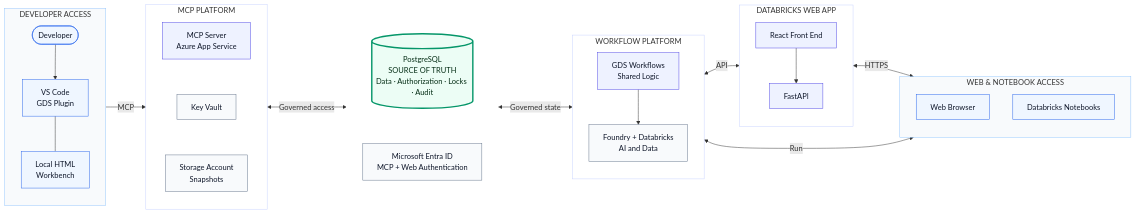
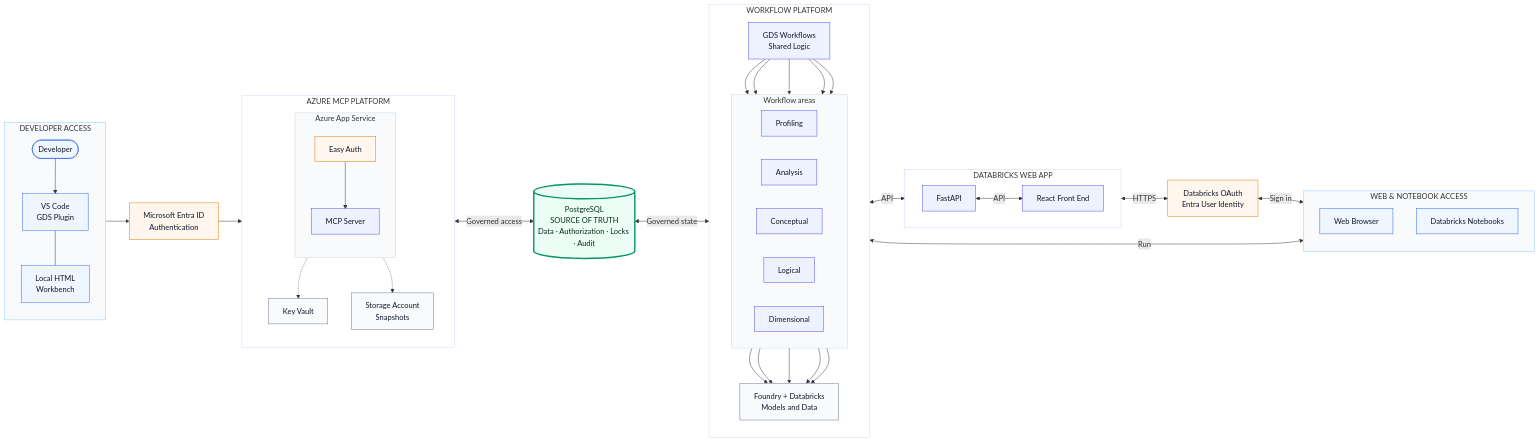
The diagram in docs/architecture/solution-design.md (maazuddinmohammed/gds_workbench), drawn with Mermaid before and after one commit. The commit also changed other lines of this file, not shown here.

Commit message:
solution doc

````diff
--- a/docs/architecture/solution-design.md
+++ b/docs/architecture/solution-design.md
@@ -13,63 +13,87 @@
         vscode --- localHtml
     end
 
-    subgraph mcpPlatform["MCP PLATFORM"]
+    mcpIdentity["Microsoft Entra ID<br/>Authentication"]
+
+    subgraph azureMcp["AZURE MCP PLATFORM"]
         direction TB
-        mcp["MCP Server<br/>Azure App Service"]
+
+        subgraph appService["Azure App Service"]
+            direction TB
+            easyAuth["Easy Auth"]
+            mcp["MCP Server"]
+            easyAuth --> mcp
+        end
+
         keyVault["Key Vault"]
         storage["Storage Account<br/>Snapshots"]
-        mcp ~~~ keyVault
-        keyVault ~~~ storage
+        mcp -.-> keyVault
+        mcp -.-> storage
     end
 
-    subgraph central[" "]
-        direction TB
-        postgres[("PostgreSQL<br/>SOURCE OF TRUTH<br/>Data · Authorization · Locks · Audit")]
-        entra["Microsoft Entra ID<br/>MCP + Web Authentication"]
-        postgres ~~~ entra
-    end
+    postgres[("PostgreSQL<br/>SOURCE OF TRUTH<br/>Data · Authorization · Locks · Audit")]
 
     subgraph workflowPlatform["WORKFLOW PLATFORM"]
         direction TB
         workflows["GDS Workflows<br/>Shared Logic"]
-        ai["Foundry + Databricks<br/>AI and Data"]
-        workflows --> ai
+
+        subgraph workflowAreas["Workflow areas"]
+            direction LR
+            profiling["Profiling"]
+            analysis["Analysis"]
+            conceptual["Conceptual"]
+            logical["Logical"]
+            dimensional["Dimensional"]
+        end
+
+        models["Foundry + Databricks<br/>Models and Data"]
+
+        workflows --> profiling & analysis & conceptual & logical & dimensional
+        profiling & analysis & conceptual & logical & dimensional --> models
     end
 
-    subgraph webApp["DATABRICKS WEB APP"]
-        direction TB
+    subgraph databricksApp["DATABRICKS WEB APP"]
+        direction LR
+        fastapi["FastAPI"]
         react["React Front End"]
-        fastapi["FastAPI"]
-        react --> fastapi
+        fastapi <-->|"API"| react
     end
 
-    subgraph webAccess["WEB & NOTEBOOK ACCESS"]
+    webIdentity["Databricks OAuth<br/>Entra User Identity"]
+
+    subgraph userAccess["WEB & NOTEBOOK ACCESS"]
         direction TB
         browser["Web Browser"]
         notebooks["Databricks Notebooks"]
     end
 
-    vscode -->|"MCP"| mcp
+    vscode --> mcpIdentity
+    mcpIdentity --> easyAuth
     mcp <-->|"Governed access"| postgres
+
     postgres <-->|"Governed state"| workflows
     workflows <-->|"API"| fastapi
     workflows <-->|"Run"| notebooks
-    react <-->|"HTTPS"| browser
+    react <-->|"HTTPS"| webIdentity
+    webIdentity <-->|"Sign in"| browser
 
     classDef access fill:#EFF6FF,stroke:#2563EB,color:#0F172A,stroke-width:1px;
+    classDef auth fill:#FFF7ED,stroke:#D97706,color:#0F172A,stroke-width:1px;
     classDef app fill:#EEF2FF,stroke:#4F46E5,color:#0F172A,stroke-width:1px;
     classDef source fill:#ECFDF5,stroke:#059669,color:#052E16,stroke-width:3px;
     classDef service fill:#F8FAFC,stroke:#64748B,color:#0F172A,stroke-width:1px;
 
     class developer,vscode,localHtml,browser,notebooks access;
-    class mcp,workflows,react,fastapi app;
+    class mcpIdentity,webIdentity,easyAuth auth;
+    class mcp,workflows,profiling,analysis,conceptual,logical,dimensional,fastapi,react app;
     class postgres source;
-    class keyVault,storage,ai,entra service;
+    class keyVault,storage,models service;
 
     style developerAccess fill:#F8FAFC,stroke:#93C5FD,stroke-width:1px;
-    style webAccess fill:#F8FAFC,stroke:#93C5FD,stroke-width:1px;
-    style central fill:transparent,stroke:transparent;
-    style mcpPlatform fill:#FFFFFF,stroke:#C7D2FE,stroke-width:1px;
+    style userAccess fill:#F8FAFC,stroke:#93C5FD,stroke-width:1px;
+    style azureMcp fill:#FFFFFF,stroke:#C7D2FE,stroke-width:1px;
+    style appService fill:#F8FAFC,stroke:#CBD5E1,stroke-width:1px;
     style workflowPlatform fill:#FFFFFF,stroke:#C7D2FE,stroke-width:1px;
-    style webApp fill:#FFFFFF,stroke:#C7D2FE,stroke-width:1px;
+    style workflowAreas fill:#F8FAFC,stroke:#CBD5E1,stroke-width:1px;
+    style databricksApp fill:#FFFFFF,stroke:#C7D2FE,stroke-width:1px;
 ```
````
